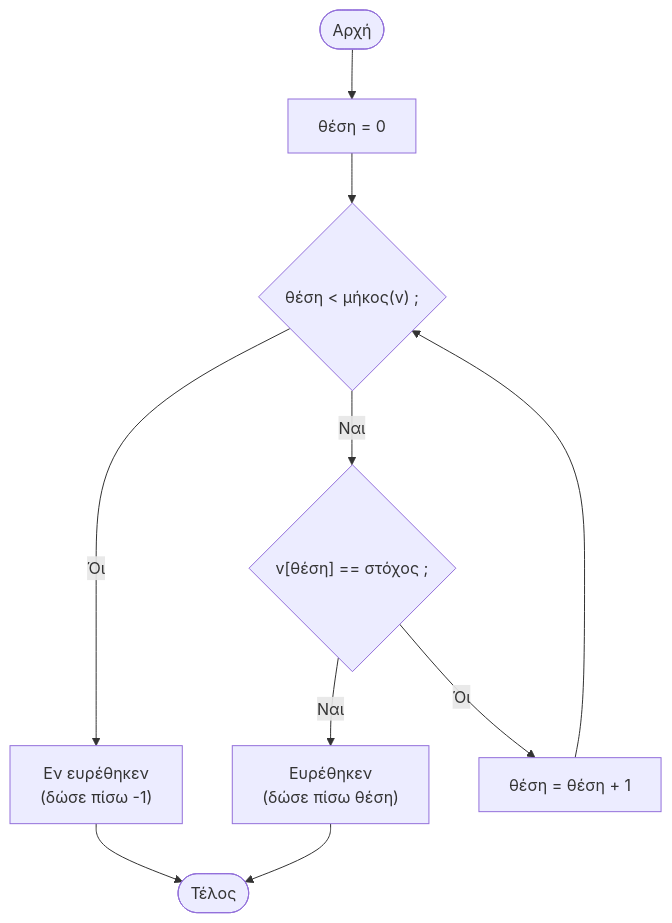
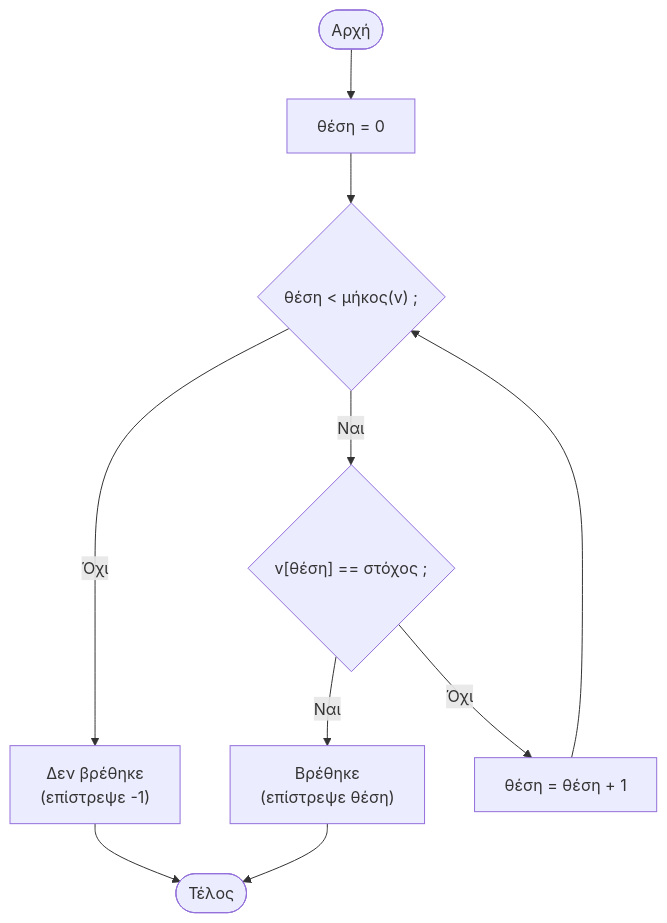
The first of 5 diagrams in week1.qmd (zafeirakopoulos/pliroforiki), drawn with Mermaid before and after one commit. The commit also changed other lines of this file, not shown here.

````diff
--- a/week1.qmd
+++ b/week1.qmd
@@ -70,14 +70,14 @@
 ```{mermaid}
 flowchart TD
     A(["Αρχή"]) --> B["θέση = 0"]
     B --> C{"θέση < μήκος(v) ;"}
-    C -- "Όι" --> H["Εν ευρέθηκεν
-(δώσε πίσω -1)"]
+    C -- "Όχι" --> H["Δεν βρέθηκε
+(επίστρεψε -1)"]
     C -- "Ναι" --> D{"v[θέση] == στόχος ;"}
-    D -- "Ναι" --> F["Ευρέθηκεν
-(δώσε πίσω θέση)"]
-    D -- "Όι" --> E["θέση = θέση + 1"]
+    D -- "Ναι" --> F["Βρέθηκε
+(επίστρεψε θέση)"]
+    D -- "Όχι" --> E["θέση = θέση + 1"]
     E --> C
     F --> K(["Τέλος"])
     H --> K
 ```
````
